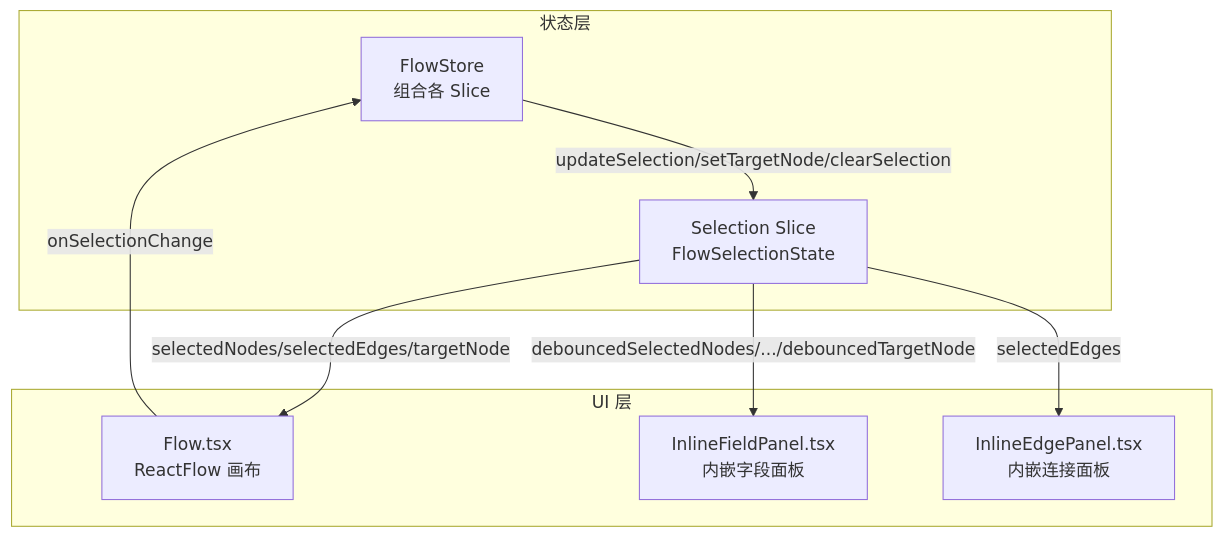
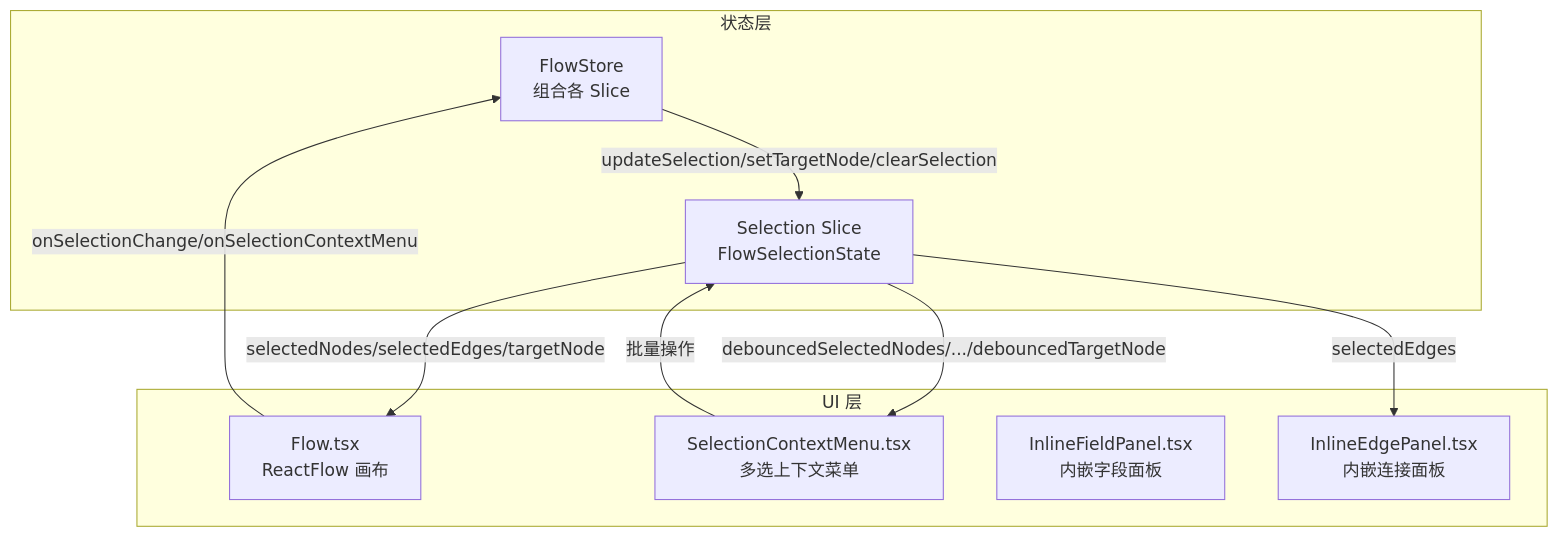
The first of 4 diagrams in .qoder/repowiki/zh/content/核心概念/数据模型/状态管理类型/选择状态切片.md (kqcoxn/MaaPipelineEditor), drawn with Mermaid before and after one commit. The commit also changed other lines of this file and 22 other files, not shown here.

````diff
--- a/.qoder/repowiki/zh/content/核心概念/数据模型/状态管理类型/选择状态切片.md
+++ b/.qoder/repowiki/zh/content/核心概念/数据模型/状态管理类型/选择状态切片.md
@@ -36,17 +49,19 @@
 ```mermaid
 graph TB
 subgraph "状态层"
 A["FlowStore<br/>组合各 Slice"]
 B["Selection Slice<br/>FlowSelectionState"]
 end
 subgraph "UI 层"
 C["Flow.tsx<br/>ReactFlow 画布"]
-D["InlineFieldPanel.tsx<br/>内嵌字段面板"]
-E["InlineEdgePanel.tsx<br/>内嵌连接面板"]
+D["SelectionContextMenu.tsx<br/>多选上下文菜单"]
+E["InlineFieldPanel.tsx<br/>内嵌字段面板"]
+F["InlineEdgePanel.tsx<br/>内嵌连接面板"]
 end
-C --> |"onSelectionChange"| A
+C --> |"onSelectionChange/onSelectionContextMenu"| A
 A --> |"updateSelection/setTargetNode/clearSelection"| B
 B --> |"selectedNodes/selectedEdges/targetNode"| C
 B --> |"debouncedSelectedNodes/.../debouncedTargetNode"| D
-B --> |"selectedEdges"| E
+B --> |"selectedEdges"| F
+D --> |"批量操作"| B
 ```
````
